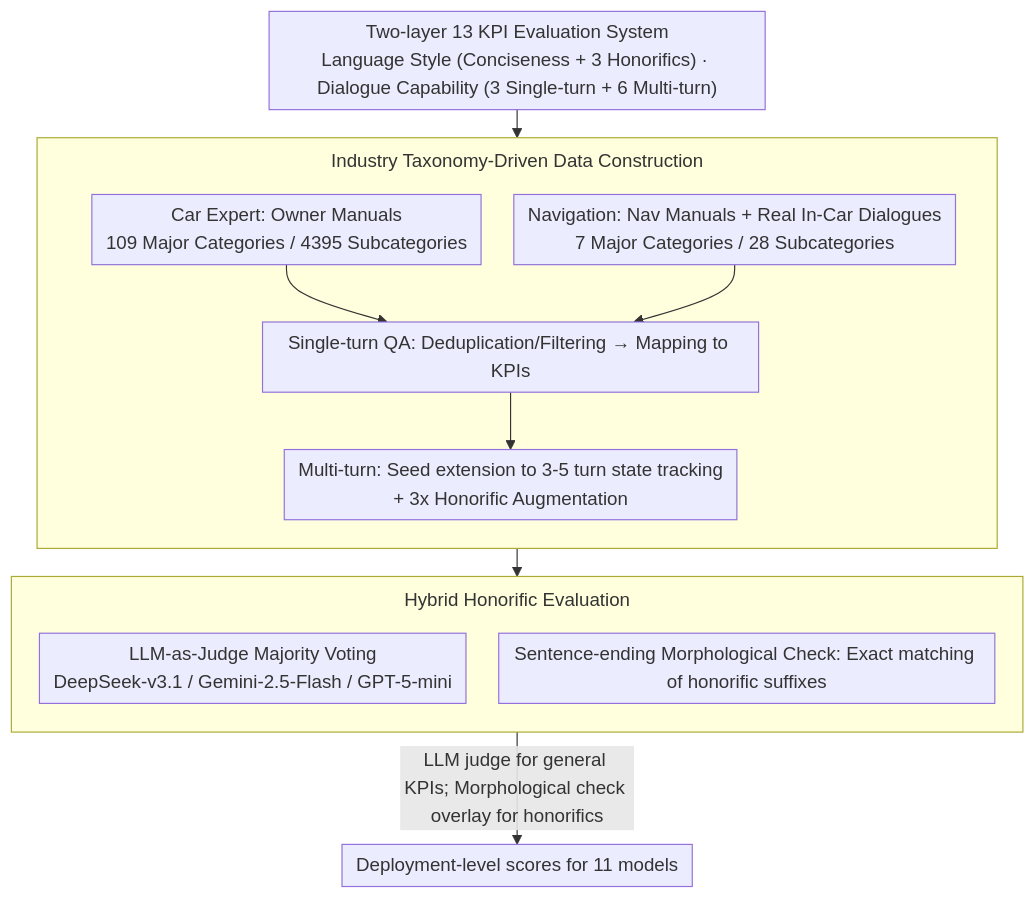
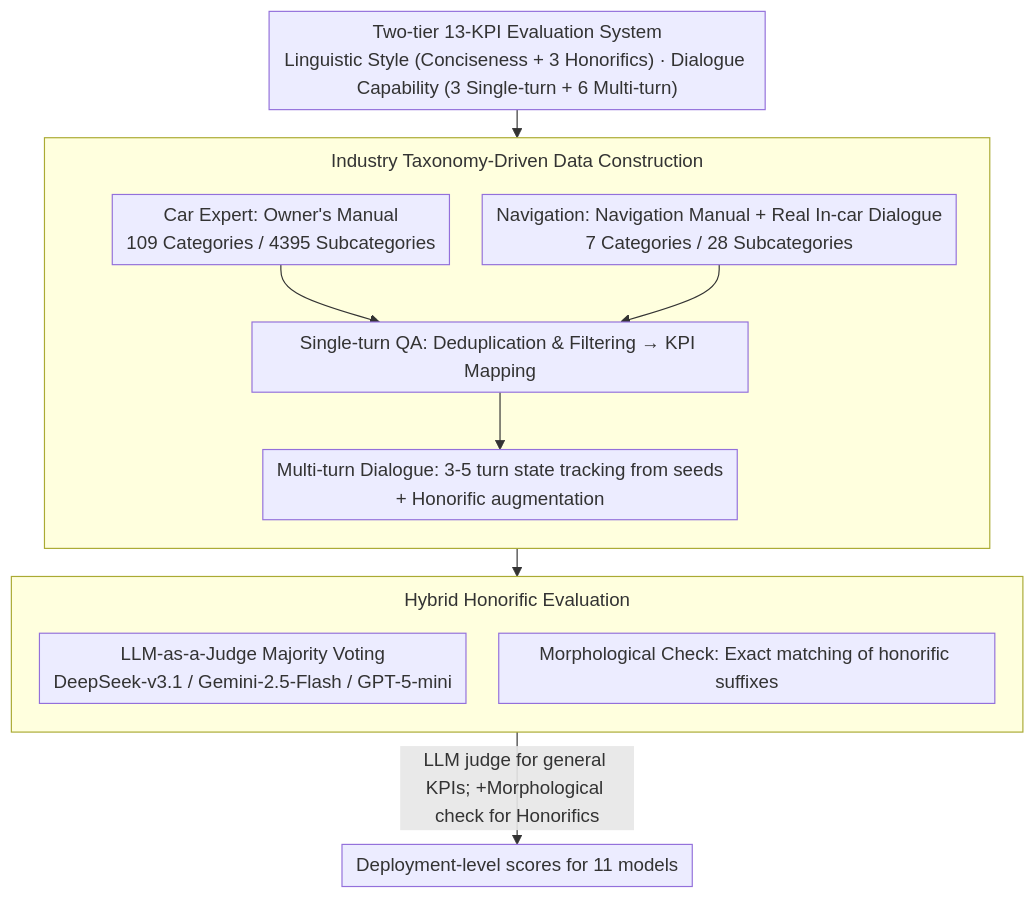
The diagram in docs/ACL2026/llm_evaluation/locar_localization-aware_evaluation_of_in-vehicle_assistants_through_fine-graine.md (zhaoyang97/Paper-Notes-en), drawn with Mermaid before and after one commit. The commit also changed other lines of this file and 5084 other files, not shown here.

````diff
--- a/docs/ACL2026/llm_evaluation/locar_localization-aware_evaluation_of_in-vehicle_assistants_through_fine-graine.md
+++ b/docs/ACL2026/llm_evaluation/locar_localization-aware_evaluation_of_in-vehicle_assistants_through_fine-graine.md
@@ -43,21 +43,21 @@
 ```mermaid
 %%{init: {'flowchart': {'rankSpacing': 24, 'nodeSpacing': 28, 'padding': 6, 'wrappingWidth': 400, 'subGraphTitleMargin': {'top': 8, 'bottom': 16}}}}%%
 flowchart TD
-    KPI["Two-layer 13 KPI Evaluation System<br/>Language Style (Conciseness + 3 Honorifics) · Dialogue Capability (3 Single-turn + 6 Multi-turn)"]
+    KPI["Two-tier 13-KPI Evaluation System<br/>Linguistic Style (Conciseness + 3 Honorifics) · Dialogue Capability (3 Single-turn + 6 Multi-turn)"]
     KPI --> TAX
     subgraph TAX["Industry Taxonomy-Driven Data Construction"]
         direction TB
-        A["Car Expert: Owner Manuals<br/>109 Major Categories / 4395 Subcategories"]
-        B["Navigation: Nav Manuals + Real In-Car Dialogues<br/>7 Major Categories / 28 Subcategories"]
-        A --> C["Single-turn QA: Deduplication/Filtering → Mapping to KPIs"]
+        A["Car Expert: Owner's Manual<br/>109 Categories / 4395 Subcategories"]
+        B["Navigation: Navigation Manual + Real In-car Dialogue<br/>7 Categories / 28 Subcategories"]
+        A --> C["Single-turn QA: Deduplication & Filtering → KPI Mapping"]
         B --> C
-        C --> D["Multi-turn: Seed extension to 3-5 turn state tracking<br/>+ 3x Honorific Augmentation"]
+        C --> D["Multi-turn Dialogue: 3-5 turn state tracking from seeds<br/>+ Honorific augmentation"]
     end
     TAX --> EVAL
     subgraph EVAL["Hybrid Honorific Evaluation"]
         direction TB
-        E["LLM-as-Judge Majority Voting<br/>DeepSeek-v3.1 / Gemini-2.5-Flash / GPT-5-mini"]
-        F["Sentence-ending Morphological Check: Exact matching of honorific suffixes"]
+        E["LLM-as-a-Judge Majority Voting<br/>DeepSeek-v3.1 / Gemini-2.5-Flash / GPT-5-mini"]
+        F["Morphological Check: Exact matching of honorific suffixes"]
     end
-    EVAL -->|"LLM judge for general KPIs; Morphological check overlay for honorifics"| OUT["Deployment-level scores for 11 models"]
+    EVAL -->|"LLM judge for general KPIs; +Morphological check for Honorifics"| OUT["Deployment-level scores for 11 models"]
 ```
````
